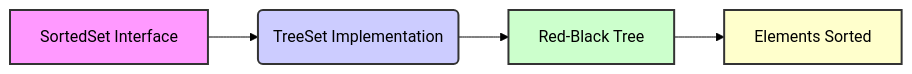
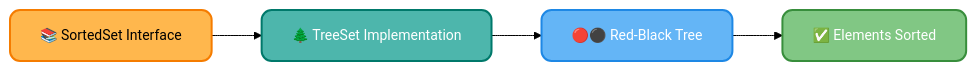
Before and after one commit to infoyouth/infoyouth.github.io: the ninth of 14 diagrams in _posts/2024-12-31-13.-collection-framework-in-java.md, drawn with Mermaid (forest theme). The commit also changed other lines of this file and 1 other file, not shown here.

````diff
--- a/_posts/2024-12-31-13.-collection-framework-in-java.md
+++ b/_posts/2024-12-31-13.-collection-framework-in-java.md
@@ -388,11 +518,18 @@
 ```mermaid
 graph LR
-    A[SortedSet Interface] --> B(TreeSet Implementation);
-    B --> C[Red-Black Tree];
-    C --> D[Elements Sorted];
-     style A fill:#f9f,stroke:#333,stroke-width:2px
-     style B fill:#ccf,stroke:#333,stroke-width:2px
-      style C fill:#cfc,stroke:#333,stroke-width:2px
-       style D fill:#ffc,stroke:#333,stroke-width:2px
+    A[📚 SortedSet Interface] --> B[🌲 TreeSet Implementation]
+    B --> C[🔴⚫ Red-Black Tree]
+    C --> D[✅ Elements Sorted]
+
+    class A interfaceNode
+    class B implementationNode
+    class C structureNode
+    class D resultNode
+
+    classDef interfaceNode fill:#FFB74D,stroke:#F57C00,color:#000000,font-size:14px,stroke-width:2px,rx:10px;
+    classDef implementationNode fill:#4DB6AC,stroke:#00796B,color:#FFFFFF,font-size:14px,stroke-width:2px,rx:10px;
+    classDef structureNode fill:#64B5F6,stroke:#1E88E5,color:#FFFFFF,font-size:14px,stroke-width:2px,rx:10px;
+    classDef resultNode fill:#81C784,stroke:#388E3C,color:#FFFFFF,font-size:14px,stroke-width:2px,rx:10px;
+
 
 ```
````
